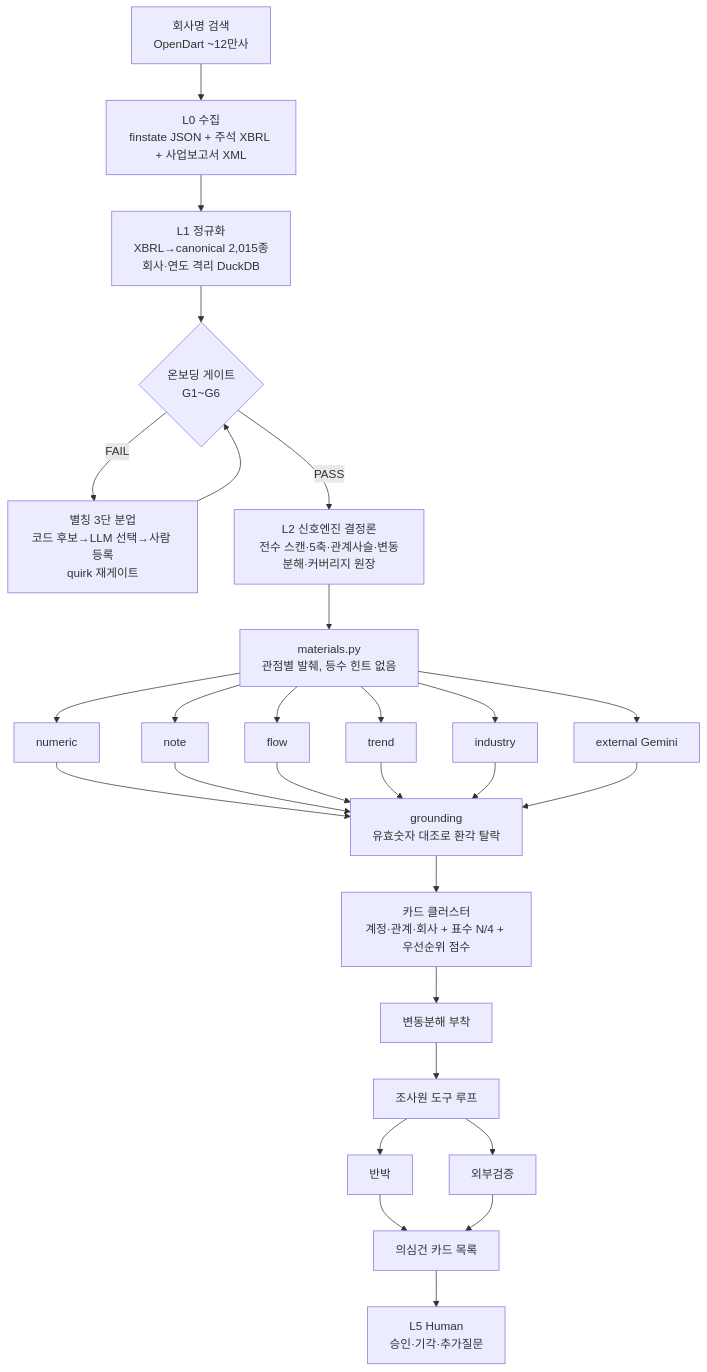
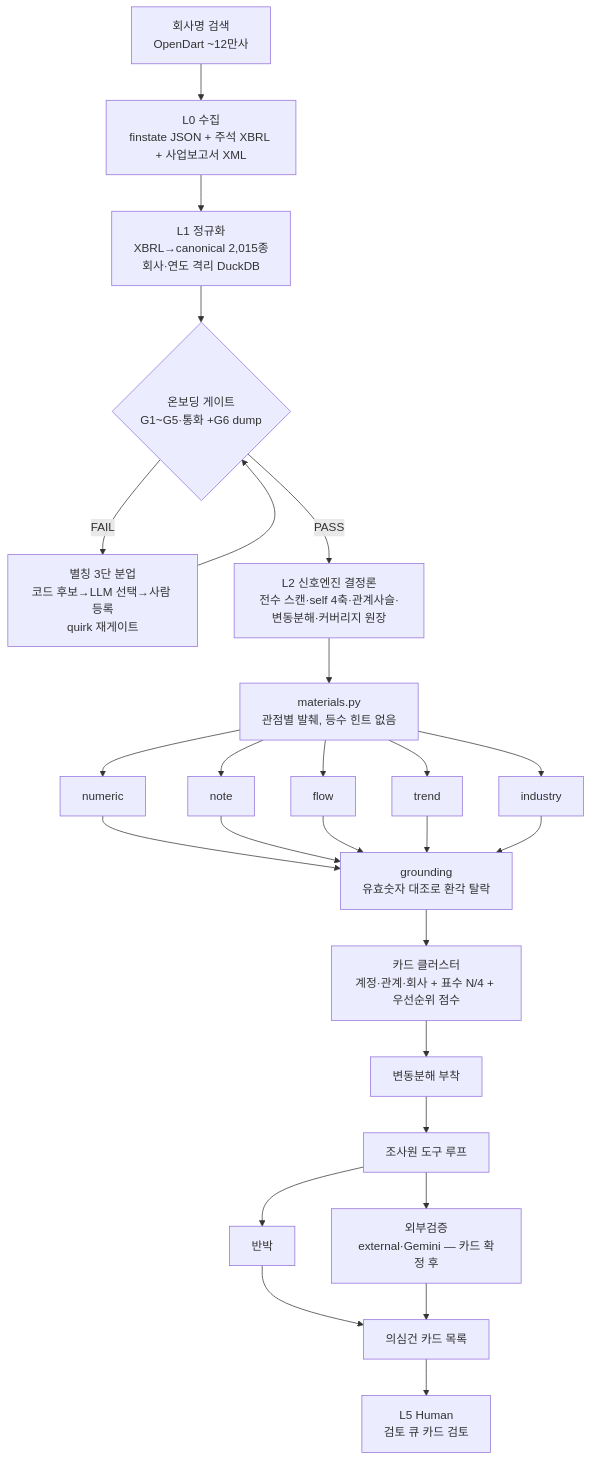
The diagram in FINAL-REPORT/2_PIPELINE.md (ghdtjrgns321-creator/fs-multi-analyzer), drawn with Mermaid before and after one commit. The commit also changed other lines of this file and 12 other files, not shown here.

````diff
--- a/FINAL-REPORT/2_PIPELINE.md
+++ b/FINAL-REPORT/2_PIPELINE.md
@@ -5,24 +5,23 @@
 ```mermaid
 flowchart TD
     A[회사명 검색<br/>OpenDart ~12만사] --> B[L0 수집<br/>finstate JSON + 주석 XBRL + 사업보고서 XML]
     B --> C[L1 정규화<br/>XBRL→canonical 2,015종<br/>회사·연도 격리 DuckDB]
-    C --> G{온보딩 게이트<br/>G1~G6}
+    C --> G{온보딩 게이트<br/>G1~G5·통화 +G6 dump}
     G -->|FAIL| Q[별칭 3단 분업<br/>코드 후보→LLM 선택→사람 등록<br/>quirk 재게이트]
     Q --> G
-    G -->|PASS| S[L2 신호엔진 결정론<br/>전수 스캔·5축·관계사슬·변동분해·커버리지 원장]
+    G -->|PASS| S[L2 신호엔진 결정론<br/>전수 스캔·self 4축·관계사슬·변동분해·커버리지 원장]
     S --> M[materials.py<br/>관점별 발췌, 등수 힌트 없음]
     M --> P1[numeric]
     M --> P2[note]
     M --> P3[flow]
     M --> P4[trend]
     M --> P5[industry]
-    M --> P6[external Gemini]
-    P1 & P2 & P3 & P4 & P5 & P6 --> GR[grounding<br/>유효숫자 대조로 환각 탈락]
+    P1 & P2 & P3 & P4 & P5 --> GR[grounding<br/>유효숫자 대조로 환각 탈락]
     GR --> CB[카드 클러스터<br/>계정·관계·회사 + 표수 N/4 + 우선순위 점수]
     CB --> DEC[변동분해 부착]
     DEC --> INV[조사원 도구 루프]
     INV --> RB[반박]
-    INV --> EV[외부검증]
+    INV --> EV[외부검증<br/>external·Gemini — 카드 확정 후]
     RB & EV --> CARD[의심건 카드 목록]
-    CARD --> H[L5 Human<br/>승인·기각·추가질문]
+    CARD --> H[L5 Human<br/>검토 큐 카드 검토]
 ```
````
